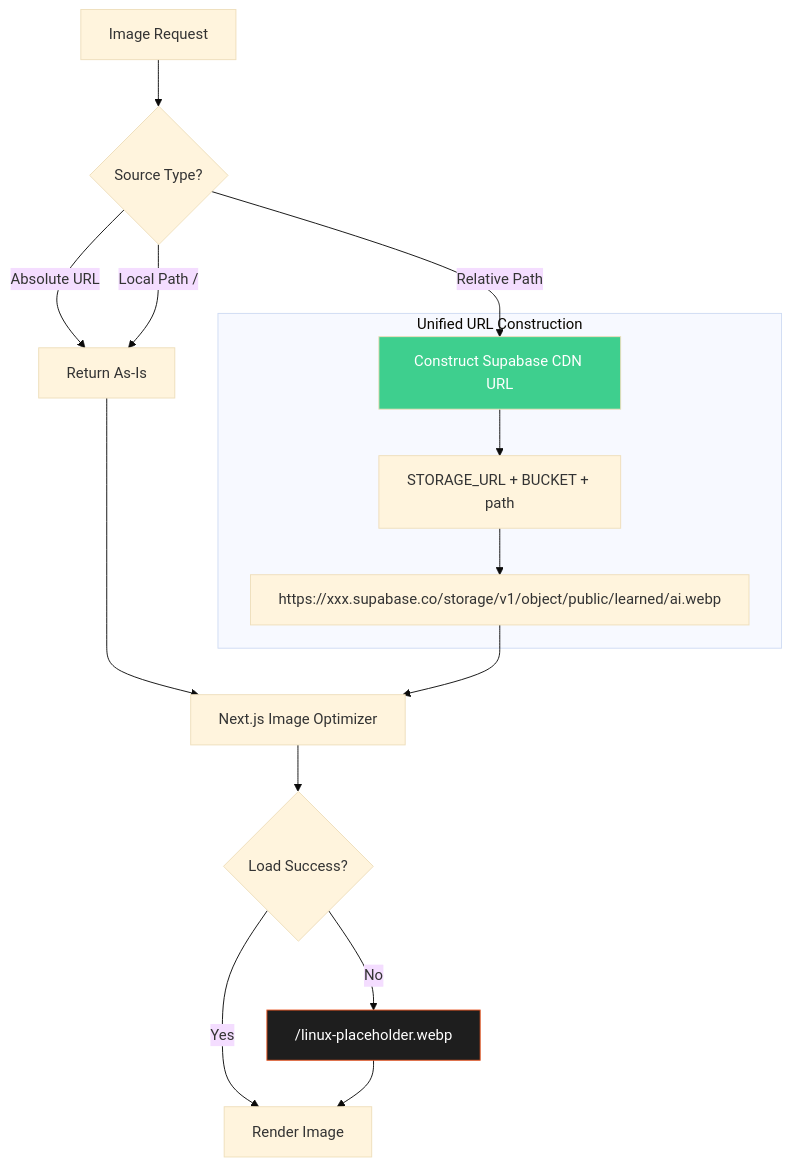
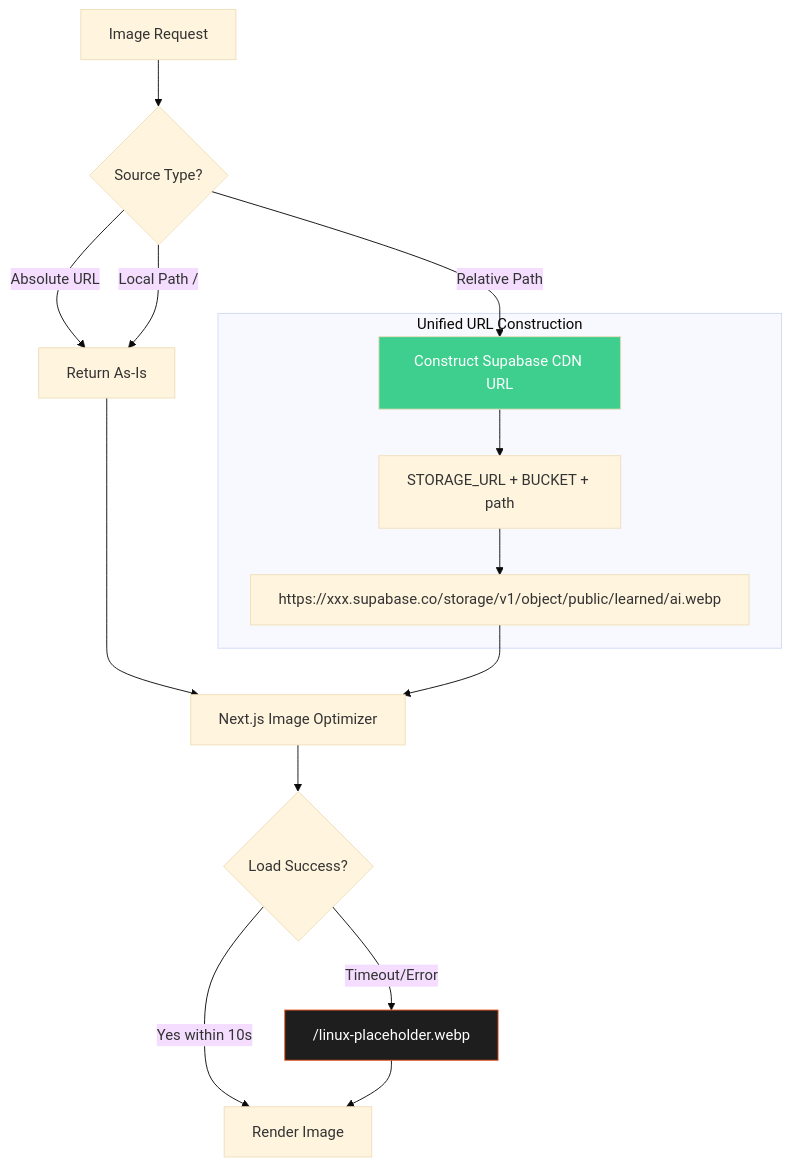
The fourth of 8 diagrams in README.md (bhargava562/my-portfolio), drawn with Mermaid (base theme) before and after one commit. The commit also changed other lines of this file and 14 other files, not shown here.

First line of the commit message:
feat: add image timeout fallback and production hardening

````diff
--- a/README.md
+++ b/README.md
@@ -149,22 +149,22 @@
 ```mermaid
 flowchart TD
     A["Image Request"] --> B{"Source Type?"}
     B -->|Absolute URL| C["Return As-Is"]
     B -->|Local Path /| C
     B -->|Relative Path| D["Construct Supabase CDN URL"]
 
     subgraph URL["Unified URL Construction"]
         D --> E["STORAGE_URL + BUCKET + path"]
         E --> F["https://xxx.supabase.co/storage/v1/object/public/learned/ai.webp"]
     end
 
     C --> G["Next.js Image Optimizer"]
     F --> G
     G --> H{"Load Success?"}
-    H -->|Yes| I["Render Image"]
-    H -->|No| J["/linux-placeholder.webp"]
+    H -->|Yes within 10s| I["Render Image"]
+    H -->|Timeout/Error| J["/linux-placeholder.webp"]
     J --> I
 
     style D fill:#3ECF8E,color:#fff
     style J fill:#1E1E1E,color:#fff,stroke:#E95420
 ```
````
